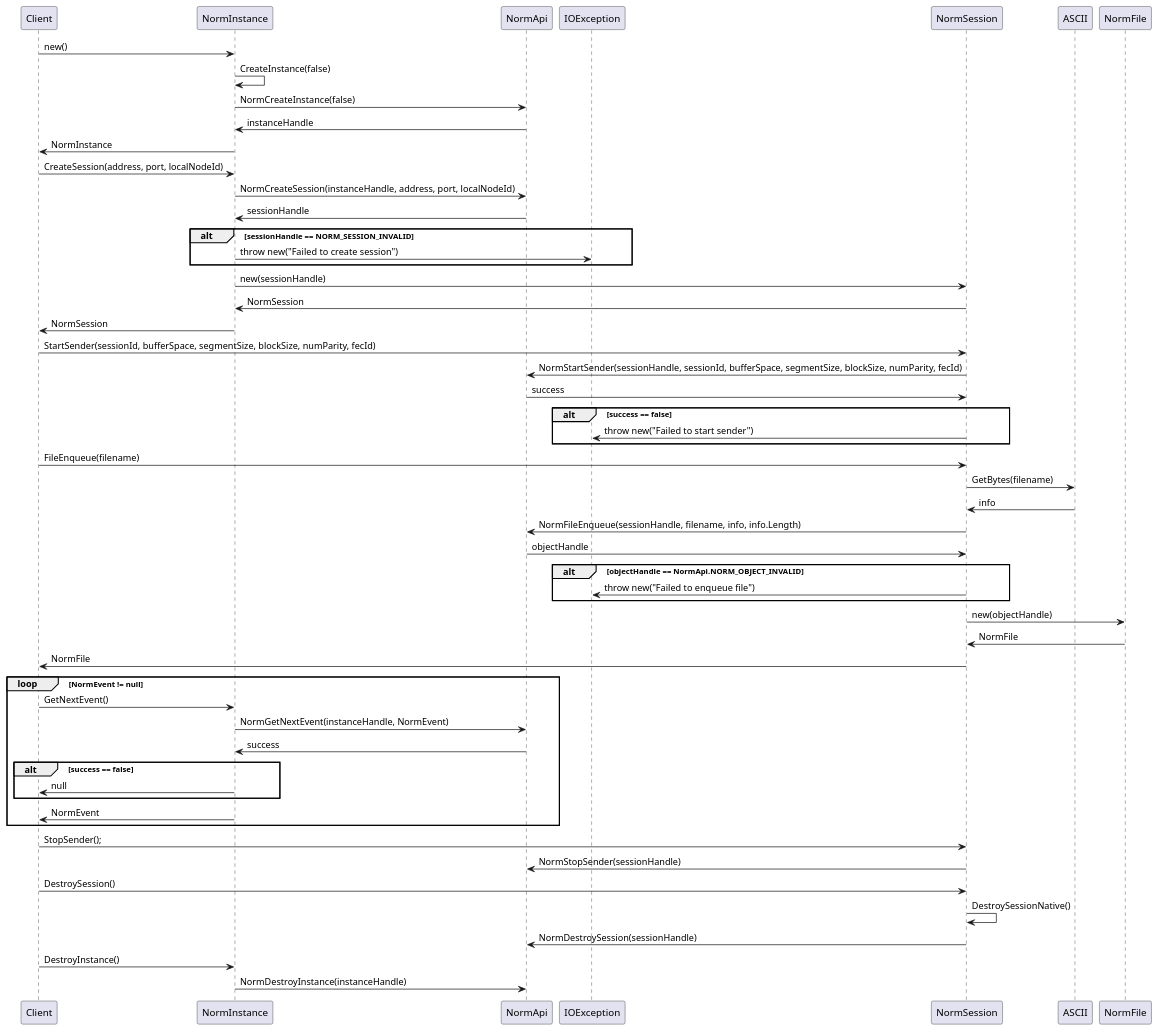
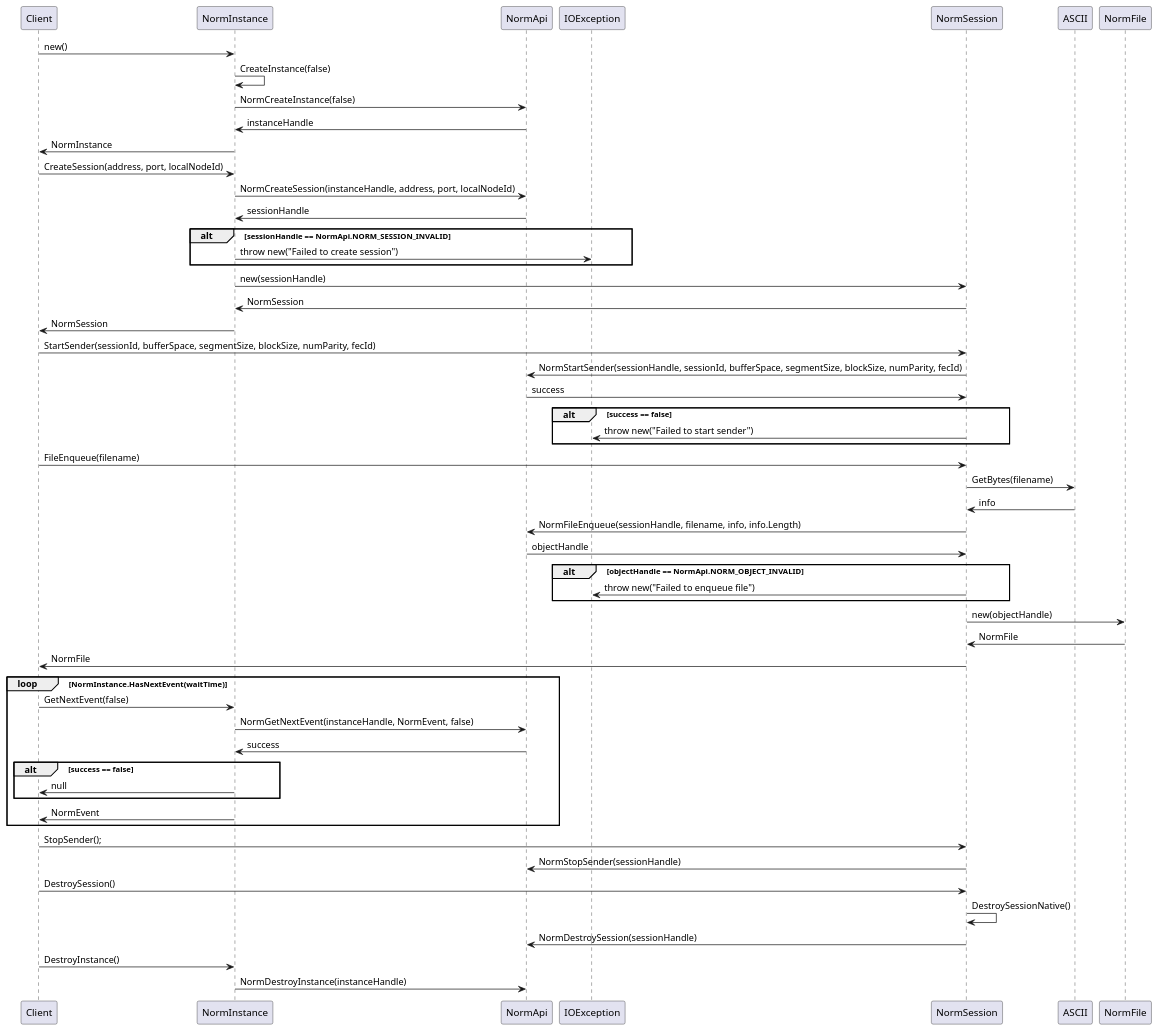
Before and after one commit to USNavalResearchLaboratory/norm: the diagram in src/dotnet/design/SequenceDiagrams/NormFileSend.puml, drawn with PlantUML. The commit also changed 41 other files, not shown here.

```diff
--- a/src/dotnet/design/SequenceDiagrams/NormFileSend.puml
+++ b/src/dotnet/design/SequenceDiagrams/NormFileSend.puml
@@ -1,49 +1,49 @@
 @startuml NormFileSend
 Client -> NormInstance : new()
 NormInstance -> NormInstance : CreateInstance(false)
 NormInstance -> NormApi : NormCreateInstance(false)
 NormInstance <- NormApi : instanceHandle
 Client <- NormInstance : NormInstance
 Client -> NormInstance : CreateSession(address, port, localNodeId)
 NormInstance -> NormApi : NormCreateSession(instanceHandle, address, port, localNodeId)
 NormInstance <- NormApi : sessionHandle
-alt sessionHandle == NORM_SESSION_INVALID
+alt sessionHandle == NormApi.NORM_SESSION_INVALID
     NormInstance -> IOException : throw new("Failed to create session")
 end
 NormInstance -> NormSession : new(sessionHandle)
 NormInstance <- NormSession : NormSession
 Client <- NormInstance : NormSession
 Client -> NormSession : StartSender(sessionId, bufferSpace, segmentSize, blockSize, numParity, fecId)
 NormSession -> NormApi : NormStartSender(sessionHandle, sessionId, bufferSpace, segmentSize, blockSize, numParity, fecId)
 NormSession <- NormApi : success
 alt success == false
     NormSession -> IOException : throw new("Failed to start sender")
 end
 Client -> NormSession : FileEnqueue(filename)
 NormSession -> ASCII : GetBytes(filename)
 NormSession <- ASCII : info
 NormSession -> NormApi : NormFileEnqueue(sessionHandle, filename, info, info.Length)
 NormSession <- NormApi : objectHandle
 alt objectHandle == NormApi.NORM_OBJECT_INVALID
     NormSession -> IOException : throw new("Failed to enqueue file")
 end
 NormSession -> NormFile: new(objectHandle)
 NormSession <- NormFile : NormFile
 Client <- NormSession : NormFile
-loop NormEvent != null
-    Client -> NormInstance : GetNextEvent()
-    NormInstance -> NormApi : NormGetNextEvent(instanceHandle, NormEvent)
+loop NormInstance.HasNextEvent(waitTime)
+    Client -> NormInstance : GetNextEvent(false)
+    NormInstance -> NormApi : NormGetNextEvent(instanceHandle, NormEvent, false)
     NormInstance <- NormApi : success
     alt success == false
         Client <- NormInstance : null
     end
     Client <- NormInstance : NormEvent
 end
 Client -> NormSession : StopSender();
 NormSession -> NormApi : NormStopSender(sessionHandle)
 Client -> NormSession : DestroySession()
 NormSession -> NormSession : DestroySessionNative()
 NormSession -> NormApi : NormDestroySession(sessionHandle)
 Client -> NormInstance : DestroyInstance()
 NormInstance -> NormApi : NormDestroyInstance(instanceHandle)
 @enduml
```
